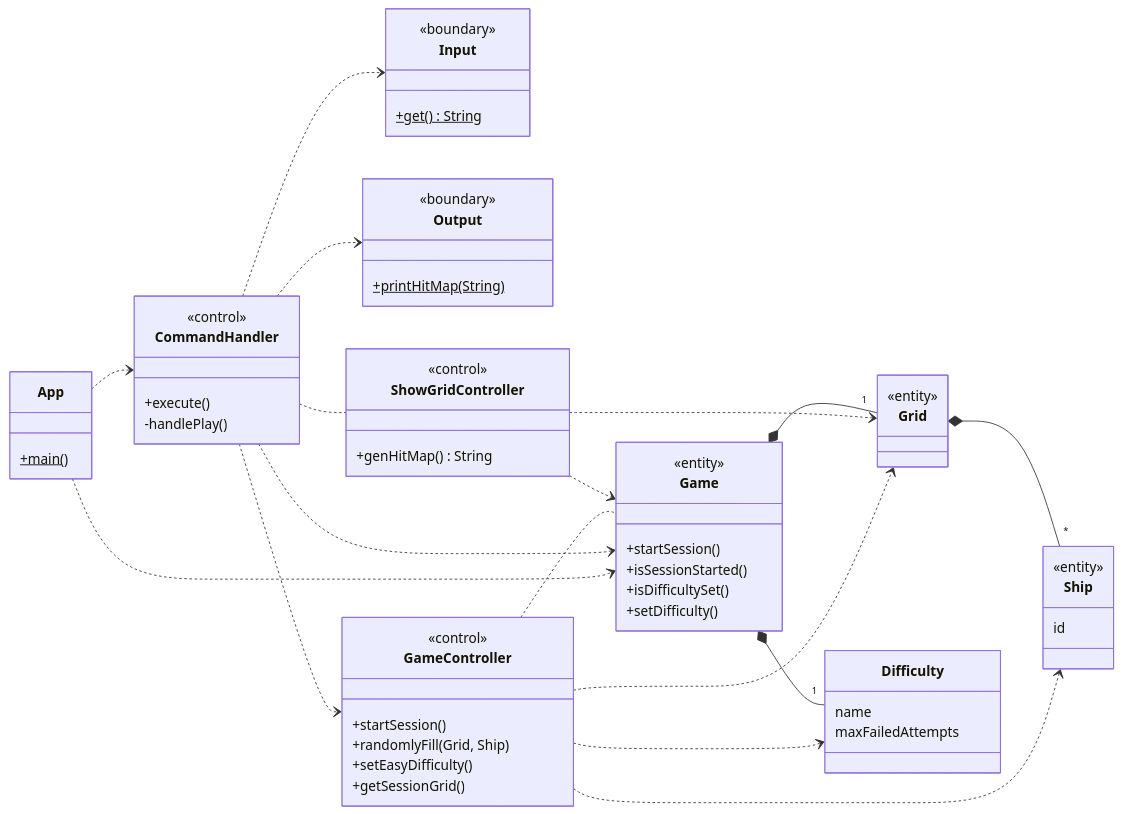
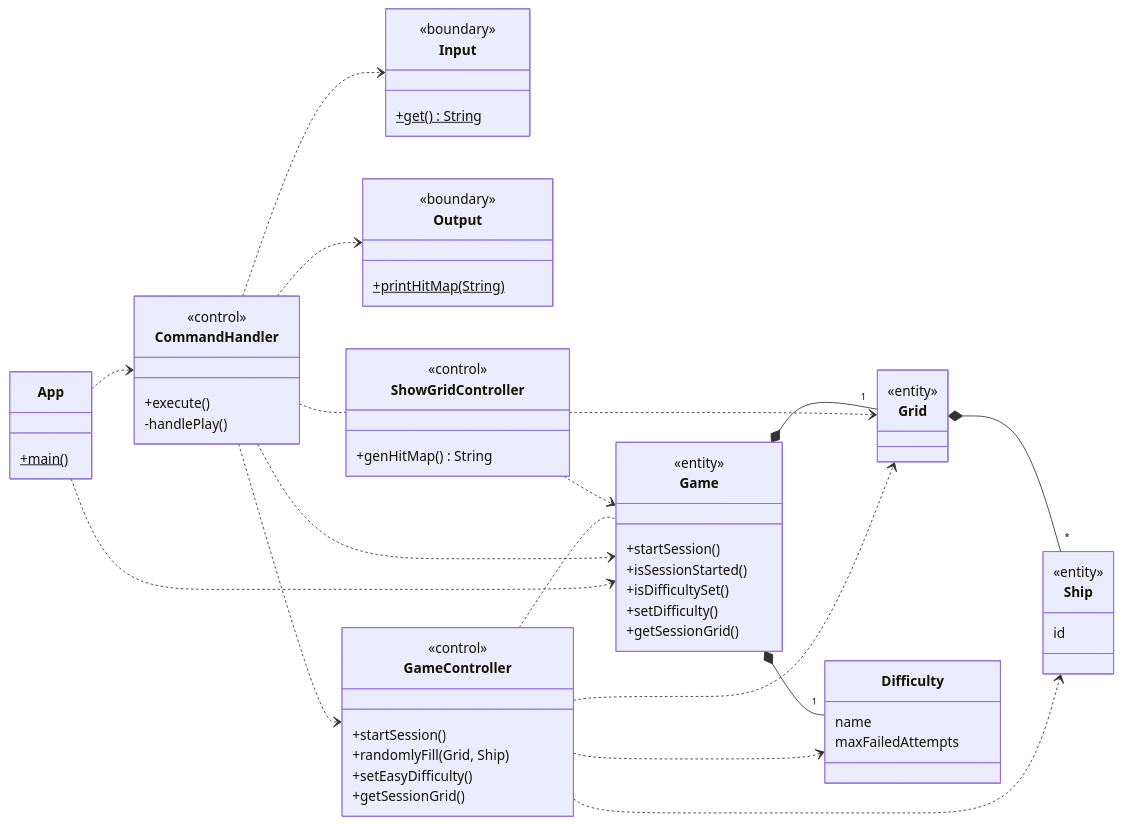
Before and after one commit to softeng2223-inf-uniba/progetto2223-thacker: the third of 7 diagrams in docs/Report.md, drawn with Mermaid.

Commit message:
Aggiunto metodo getSessionGrid() in GameController della sezione 5.A.3

````diff
--- a/docs/Report.md
+++ b/docs/Report.md
@@ -249,81 +249,82 @@
 ```mermaid
 classDiagram
   direction LR
 
   class App {
     +main()$
   }
 
   App ..> Game
   App ..> CommandHandler
 
   class Input {
     +get()$ String
   }
   <<boundary>> Input
 
   class Output {
     +printHitMap(String)$
   }
   <<boundary>> Output
 
   class CommandHandler {
     +execute()
     -handlePlay()
   }
   <<control>> CommandHandler
 
   CommandHandler ..> Input
   CommandHandler ..> Output
   CommandHandler ..> Game
   CommandHandler ..> GameController
   CommandHandler .. ShowGridController
 
   class GameController {
     +startSession()
     +randomlyFill(Grid, Ship)
     +setEasyDifficulty()
     +getSessionGrid()
   }
   <<control>> GameController
 
   GameController .. Game
   GameController ..> Grid
   GameController ..> Ship
   GameController ..> Difficulty
 
   class ShowGridController {
     +genHitMap() String
   }
   <<control>> ShowGridController
 
   ShowGridController ..> Game
   ShowGridController ..> Grid
 
   class Game {
     +startSession()
     +isSessionStarted()
     +isDifficultySet()
     +setDifficulty()
+    +getSessionGrid()
   }
   <<entity>> Game
 
   Game *-- "1" Difficulty
   Game *-- "1" Grid
 
   class Grid
   <<entity>> Grid
 
   Grid *-- "*" Ship
 
   class Difficulty {
     name
     maxFailedAttempts
   }
 
   class Ship {
     id
   }
   <<entity>> Ship
 
 ```
````
